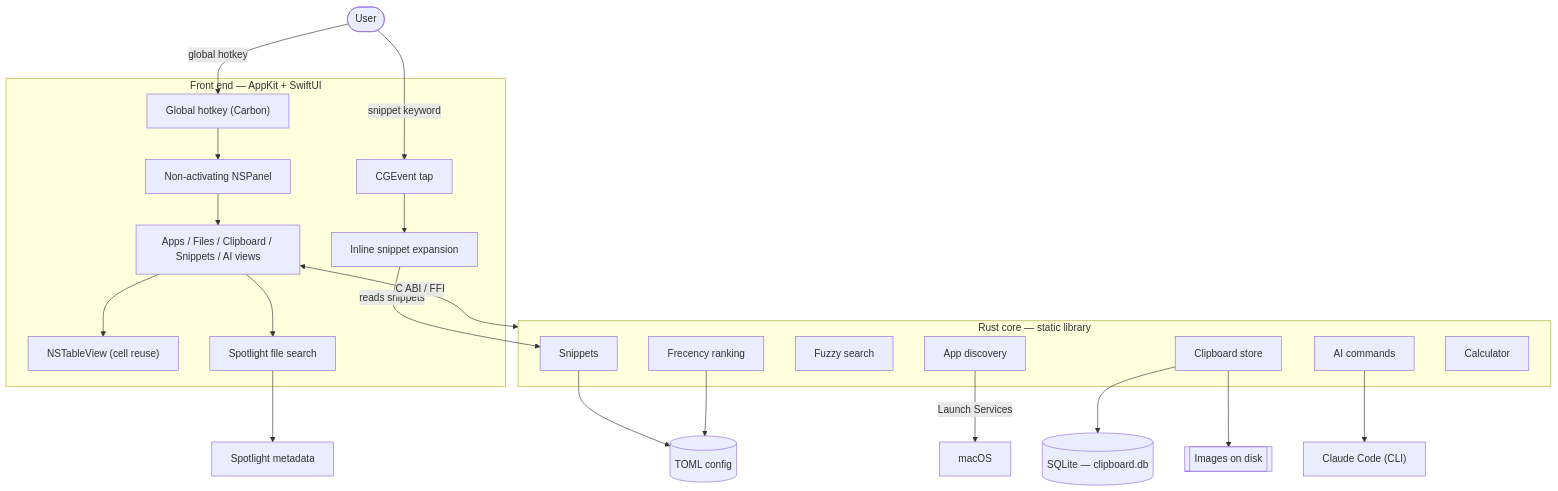
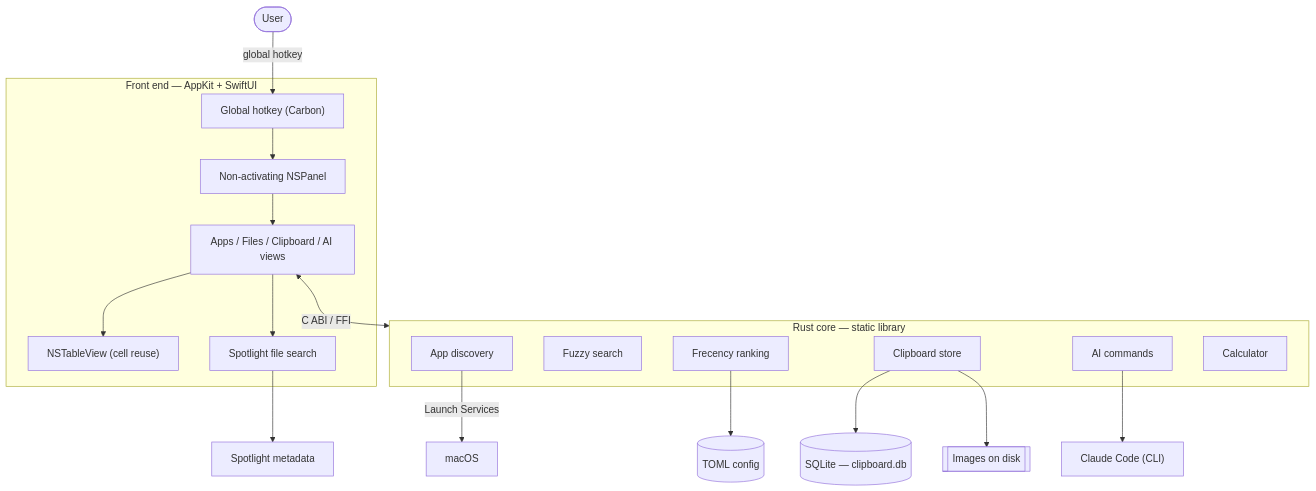
The diagram in README.md (kerryandjry/ainto-app), drawn with Mermaid before and after one commit. The commit also changed other lines of this file and 30 other files, not shown here.

````diff
--- a/README.md
+++ b/README.md
@@ -76,34 +74,29 @@
 ```mermaid
 flowchart TD
     User([User]) -->|global hotkey| HK["Global hotkey (Carbon)"]
-    User -->|snippet keyword| Tap["CGEvent tap"]
 
     subgraph FE["Front end — AppKit + SwiftUI"]
         HK --> Panel["Non-activating NSPanel"]
-        Panel --> Views["Apps / Files / Clipboard / Snippets / AI views"]
+        Panel --> Views["Apps / Files / Clipboard / AI views"]
         Views --> Table["NSTableView (cell reuse)"]
         Views --> File["Spotlight file search"]
-        Tap --> Expand["Inline snippet expansion"]
     end
 
     Views <-->|"C ABI / FFI"| Core
-    Expand -->|reads snippets| Snip
 
     subgraph Core["Rust core — static library"]
         Disc["App discovery"]
         Search["Fuzzy search"]
         Rank["Frecency ranking"]
         Clip["Clipboard store"]
-        Snip["Snippets"]
         AICmd["AI commands"]
         Calc["Calculator"]
     end
 
     Disc -->|Launch Services| OS["macOS"]
     Clip --> DB[("SQLite — clipboard.db")]
     Clip --> Img[["Images on disk"]]
-    Snip --> Cfg[("TOML config")]
-    Rank --> Cfg
+    Rank --> Cfg[("TOML config")]
     AICmd --> CC["Claude Code (CLI)"]
     File --> Spot["Spotlight metadata"]
 ```
````
